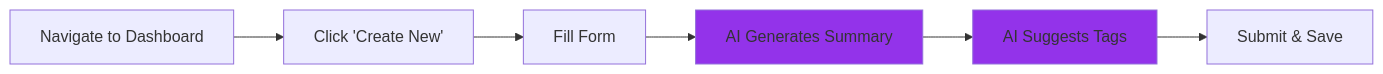
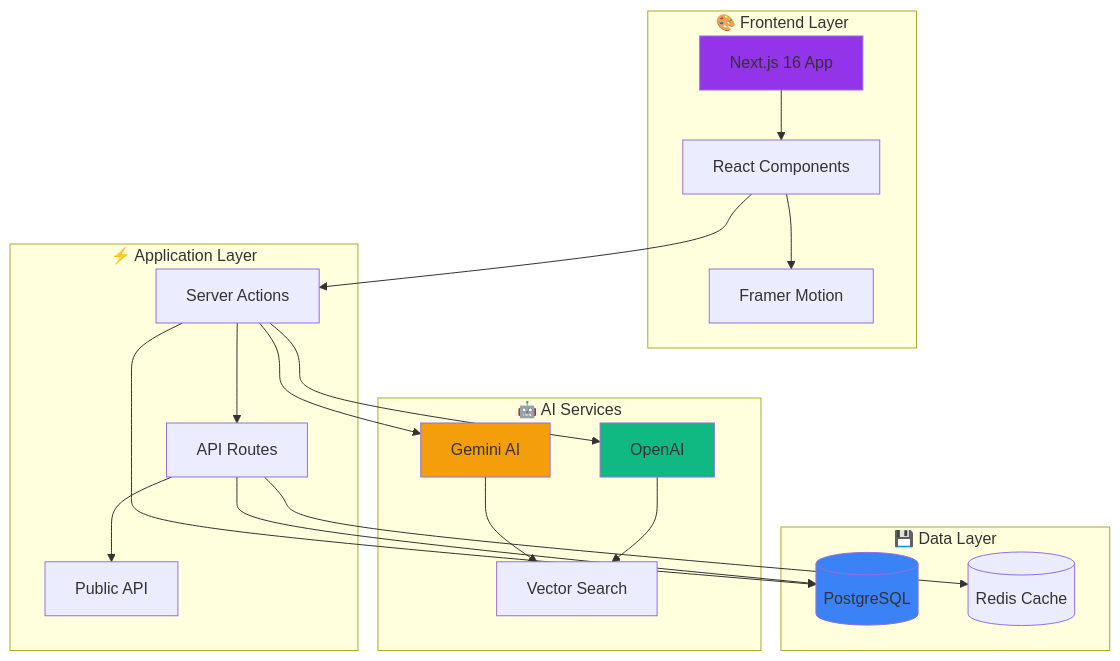
The first of 2 diagrams in README.md (Vamshi-amudala/second-brain), drawn with Mermaid before and after one commit. The commit also changed other lines of this file, not shown here.

````diff
--- a/README.md
+++ b/README.md
@@ -263,10 +297,37 @@
 ```mermaid
-graph LR
-    A[Navigate to Dashboard] --> B[Click 'Create New']
-    B --> C[Fill Form]
-    C --> D[AI Generates Summary]
-    D --> E[AI Suggests Tags]
-    E --> F[Submit & Save]
-    style D fill:#9333ea
-    style E fill:#9333ea
+graph TB
+    subgraph "🎨 Frontend Layer"
+        A[Next.js 16 App]
+        B[React Components]
+        C[Framer Motion]
+    end
+    
+    subgraph "⚡ Application Layer"
+        D[Server Actions]
+        E[API Routes]
+        F[Public API]
+    end
+    
+    subgraph "🤖 AI Services"
+        G[Gemini AI]
+        H[OpenAI]
+        I[Vector Search]
+    end
+    
+    subgraph "💾 Data Layer"
+        J[(PostgreSQL)]
+        K[(Redis Cache)]
+    end
+    
+    A --> B --> C
+    B --> D --> E
+    E --> F
+    D --> G & H --> I
+    D --> J
+    E --> J & K
+    
+    style A fill:#9333ea
+    style G fill:#f59e0b
+    style H fill:#10b981
+    style J fill:#3b82f6
 ```
````
